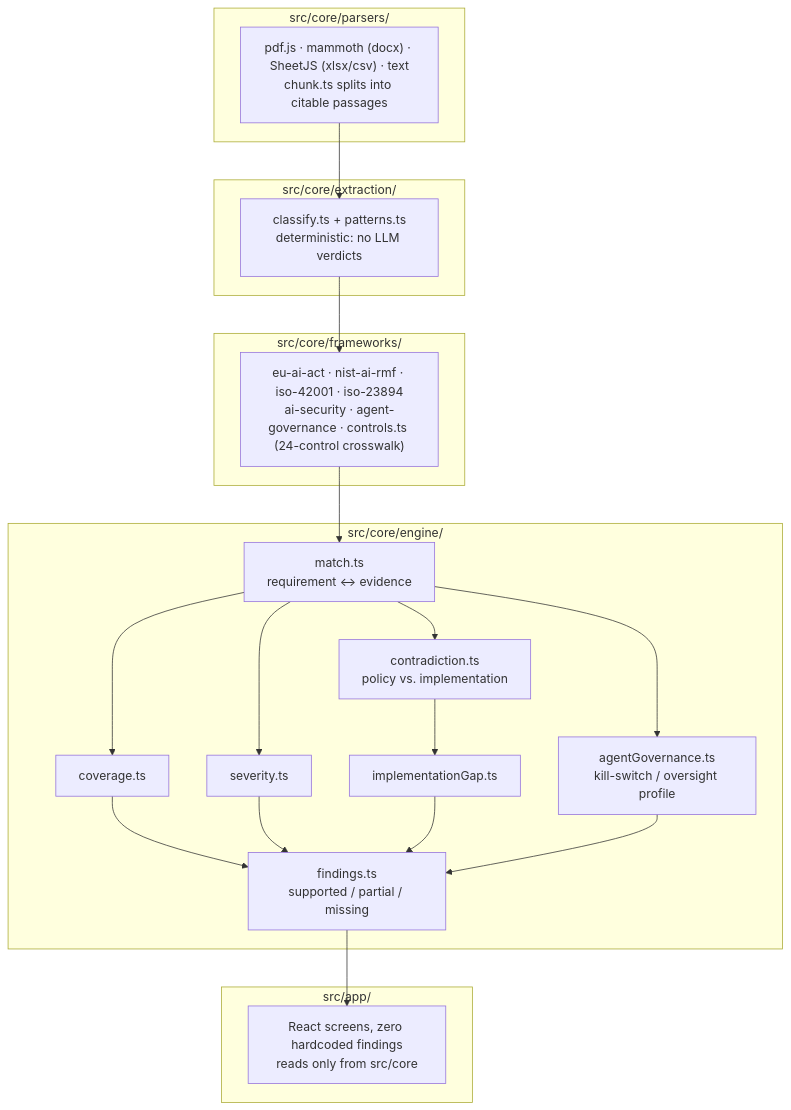
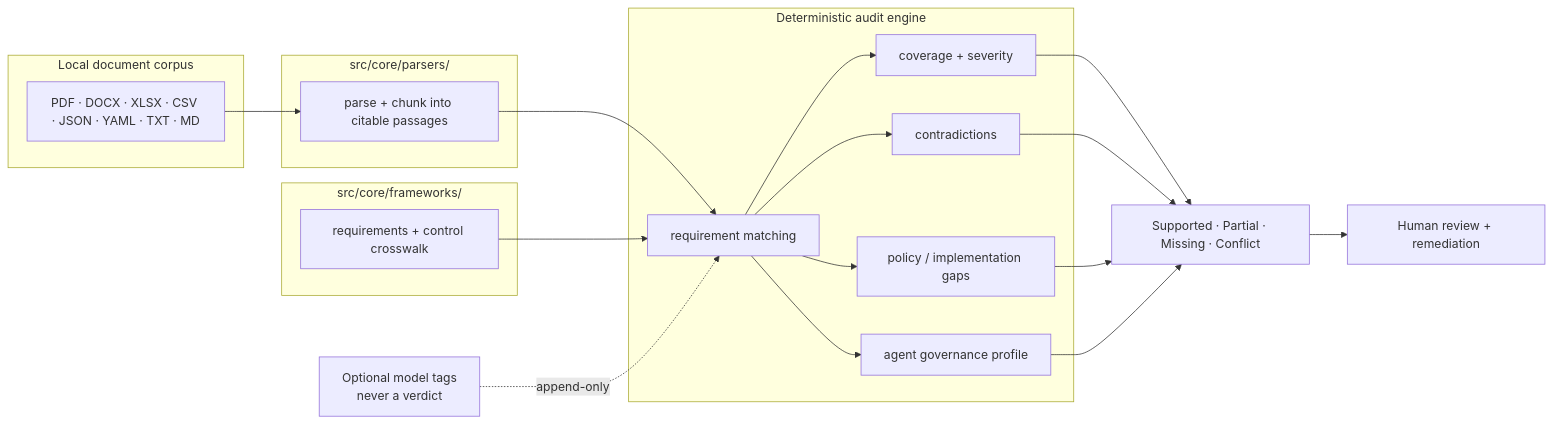
One commit to Jeevan-0508/policy-audit changed the diagram in README.md. Above: the diagram before and after it, drawn with Mermaid. The commit also changed other lines of this file and 4 other files, not shown here.

Commit message:
docs: redesign policy audit readme

````diff
--- a/README.md
+++ b/README.md
@@ -50,46 +63,35 @@
 ```mermaid
-flowchart TD
-    subgraph PARSE["src/core/parsers/"]
-        P["pdf.js · mammoth (docx) · SheetJS (xlsx/csv) · text
-chunk.ts splits into citable passages"]
+flowchart LR
+    subgraph INPUT["Local document corpus"]
+        P["PDF · DOCX · XLSX · CSV · JSON · YAML · TXT · MD"]
     end
 
-    subgraph EXTRACT["src/core/extraction/"]
-        C["classify.ts + patterns.ts
-deterministic: no LLM verdicts"]
+    subgraph PARSE["src/core/parsers/"]
+        C["parse + chunk into citable passages"]
     end
 
-    subgraph FRAMEWORKS["src/core/frameworks/"]
-        FW["eu-ai-act · nist-ai-rmf · iso-42001 · iso-23894
-ai-security · agent-governance · controls.ts (24-control crosswalk)"]
+    subgraph MODEL["src/core/frameworks/"]
+        R["requirements + control crosswalk"]
     end
 
-    subgraph ENGINE["src/core/engine/"]
-        M["match.ts
-requirement <-> evidence"]
-        COV["coverage.ts"]
-        SEV["severity.ts"]
-        CT["contradiction.ts
-policy vs. implementation"]
-        IG["implementationGap.ts"]
-        AG["agentGovernance.ts
-kill-switch / oversight profile"]
-        F["findings.ts
-supported / partial / missing"]
+    subgraph ENGINE["Deterministic audit engine"]
+        M["requirement matching"]
+        V["coverage + severity"]
+        X["contradictions"]
+        G["policy / implementation gaps"]
+        A["agent governance profile"]
     end
 
-    subgraph APP["src/app/"]
-        UI["React screens, zero hardcoded findings
-reads only from src/core"]
-    end
+    F["Supported · Partial · Missing · Conflict"]
+    H["Human review + remediation"]
+    L["Optional model tags\nnever a verdict"]
 
-    P --> C --> FW --> M --> COV
-    M --> SEV
-    M --> CT --> IG
-    M --> AG
-    COV --> F
-    SEV --> F
-    IG --> F
-    AG --> F
-    F --> UI
+    P --> C --> M
+    R --> M
+    M --> V --> F
+    M --> X --> F
+    M --> G --> F
+    M --> A --> F
+    F --> H
+    L -. append-only .-> M
 ```
````
